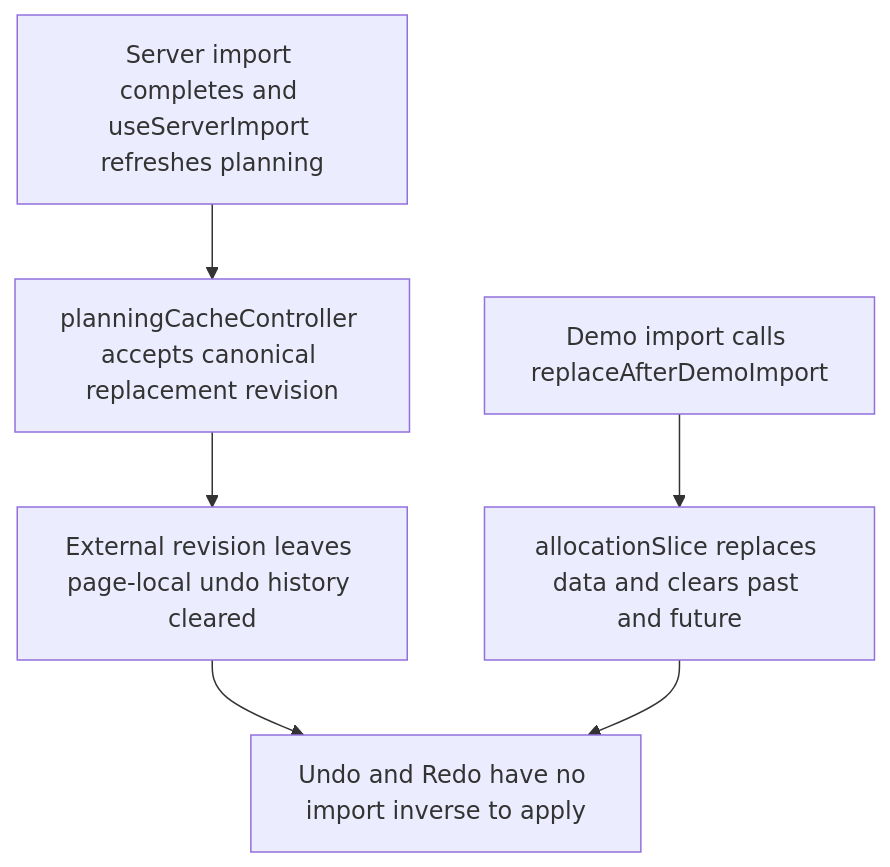
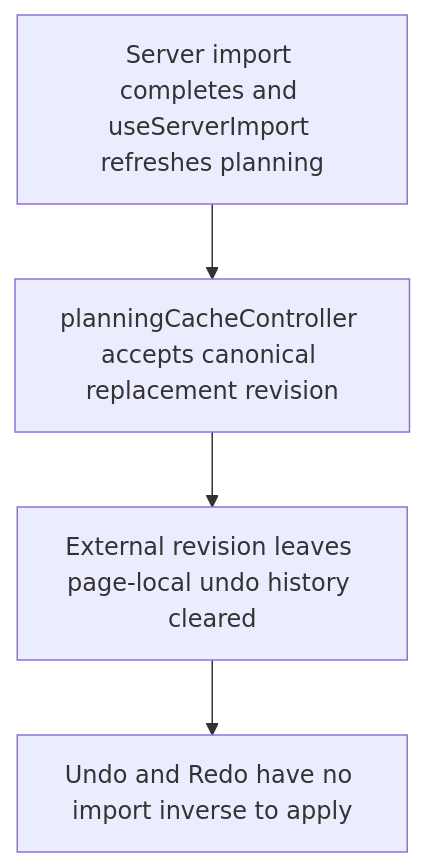
The second of 2 diagrams in user-stories/data/US-DAT-03-undo-import.md (Kevinjohn/capacitylens), drawn with Mermaid before and after one commit. The commit also changed other lines of this file and 343 other files, not shown here.

````diff
--- a/user-stories/data/US-DAT-03-undo-import.md
+++ b/user-stories/data/US-DAT-03-undo-import.md
@@ -26,8 +26,6 @@
 ```mermaid
 flowchart TD
   server["Server import completes and useServerImport refreshes planning"] --> revision["planningCacheController accepts canonical replacement revision"]
   revision --> clear["External revision leaves page-local undo history cleared"]
-  demo["Demo import calls replaceAfterDemoImport"] --> demoClear["allocationSlice replaces data and clears past and future"]
   clear --> controls["Undo and Redo have no import inverse to apply"]
-  demoClear --> controls
 ```
````
